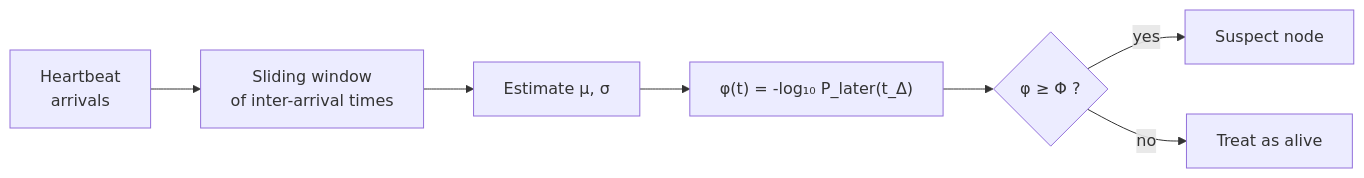
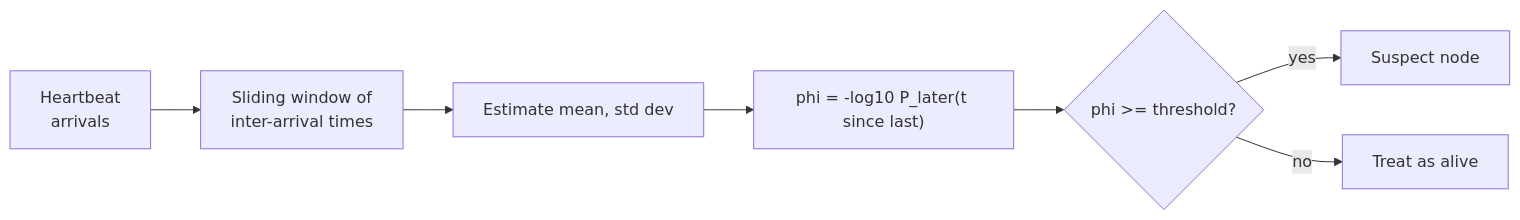
Before and after one commit to AndrewAltimit/Documentation: the second of 7 diagrams in github-pages/docs/distributed-systems/failure-detection.md, drawn with Mermaid. The commit also changed other lines of this file and 240 other files, not shown here.

````diff
--- a/github-pages/docs/distributed-systems/failure-detection.md
+++ b/github-pages/docs/distributed-systems/failure-detection.md
@@ -135,9 +153,9 @@
 ```mermaid
 flowchart LR
-    HB["Heartbeat<br/>arrivals"] --> Win["Sliding window<br/>of inter-arrival times"]
-    Win --> Fit["Estimate μ, σ"]
-    Fit --> Phi["φ(t) = -log₁₀ P_later(t_Δ)"]
-    Phi --> Th{"φ ≥ Φ ?"}
+    HB["Heartbeat<br/>arrivals"] --> Win["Sliding window of<br/>inter-arrival times"]
+    Win --> Fit["Estimate mean, std dev"]
+    Fit --> Phi["phi = -log10 P_later(t since last)"]
+    Phi --> Th{"phi >= threshold?"}
     Th -->|yes| Susp["Suspect node"]
     Th -->|no| OK["Treat as alive"]
 ```
````
